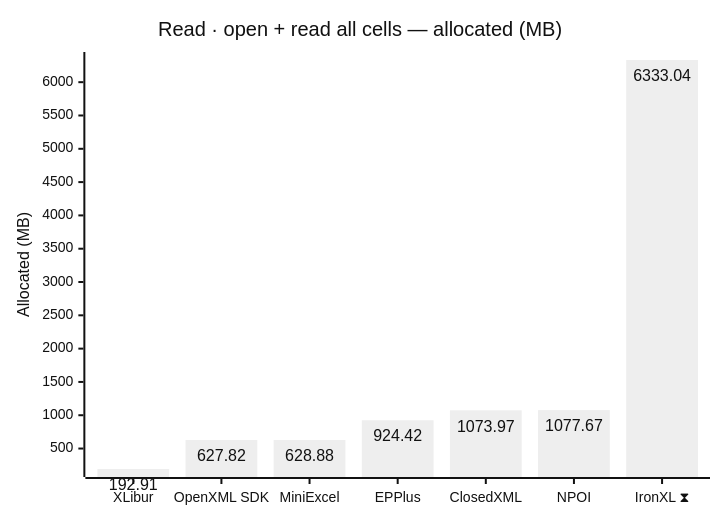
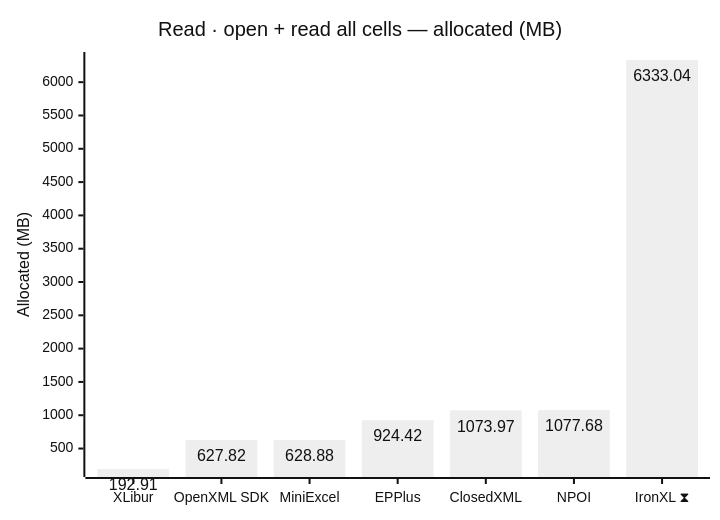
One commit to jafin/XLBench changed the fourth of 12 diagrams in docs/results-ci.md. Above: the diagram before and after it, drawn with Mermaid (neutral theme). The commit also changed other lines of this file, not shown here.

````diff
--- a/docs/results-ci.md
+++ b/docs/results-ci.md
@@ -80,12 +80,12 @@
 ```mermaid
 ---
 config:
   xyChart:
     showDataLabel: true
 ---
 xychart-beta
     title "Read · open + read all cells — allocated (MB)"
     x-axis ["XLibur", "OpenXML SDK", "MiniExcel", "EPPlus", "ClosedXML", "NPOI", "IronXL ⧗"]
     y-axis "Allocated (MB)"
-    bar [192.91, 627.82, 628.88, 924.42, 1073.97, 1077.67, 6333.04]
+    bar [192.91, 627.82, 628.88, 924.42, 1073.97, 1077.68, 6333.04]
 ```
````
